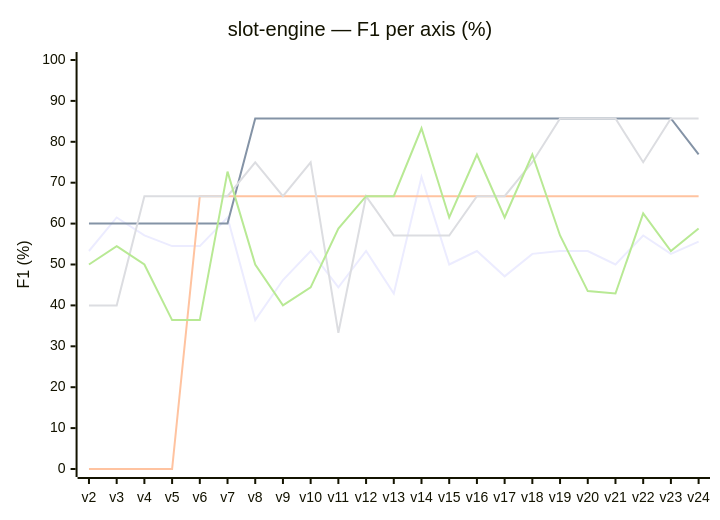
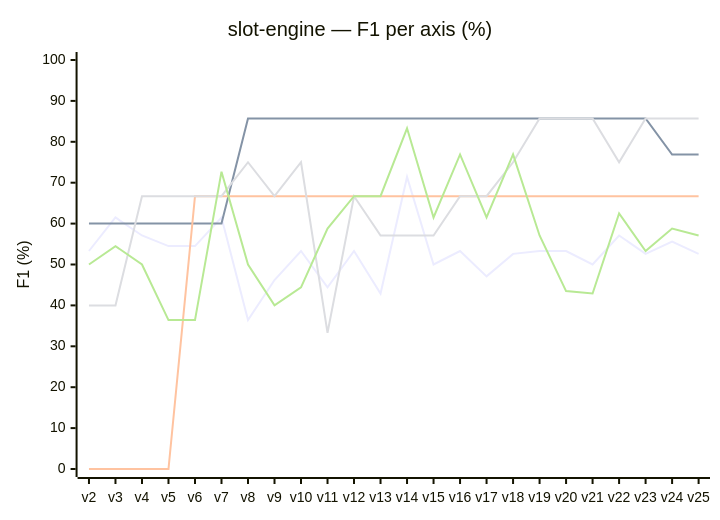
One commit to r-via/anatoly-bench changed the second of 2 diagrams in docs/02-slot-engine-results.md. Above: the diagram before and after it, drawn with Mermaid. The commit also changed other lines of this file and 34 other files, not shown here.

````diff
--- a/docs/02-slot-engine-results.md
+++ b/docs/02-slot-engine-results.md
@@ -21,11 +21,11 @@
 ```mermaid
 xychart-beta
     title "slot-engine — F1 per axis (%)"
-    x-axis [v2, v3, v4, v5, v6, v7, v8, v9, v10, v11, v12, v13, v14, v15, v16, v17, v18, v19, v20, v21, v22, v23, v24]
+    x-axis [v2, v3, v4, v5, v6, v7, v8, v9, v10, v11, v12, v13, v14, v15, v16, v17, v18, v19, v20, v21, v22, v23, v24, v25]
     y-axis "F1 (%)" 0 --> 100
-    line "correction" [53.3, 61.5, 57.1, 54.5, 54.5, 61.5, 36.4, 46.2, 53.3, 44.4, 53.3, 42.9, 71.4, 50.0, 53.3, 47.1, 52.6, 53.3, 53.3, 50.0, 57.1, 52.6, 55.6]
-    line "utility" [60.0, 60.0, 60.0, 60.0, 60.0, 60.0, 85.7, 85.7, 85.7, 85.7, 85.7, 85.7, 85.7, 85.7, 85.7, 85.7, 85.7, 85.7, 85.7, 85.7, 85.7, 85.7, 76.9]
-    line "duplication" [0.0, 0.0, 0.0, 0.0, 66.7, 66.7, 66.7, 66.7, 66.7, 66.7, 66.7, 66.7, 66.7, 66.7, 66.7, 66.7, 66.7, 66.7, 66.7, 66.7, 66.7, 66.7, 66.7]
-    line "overengineering" [40.0, 40.0, 66.7, 66.7, 66.7, 66.7, 75.0, 66.7, 75.0, 33.3, 66.7, 57.1, 57.1, 57.1, 66.7, 66.7, 75.0, 85.7, 85.7, 85.7, 75.0, 85.7, 85.7]
-    line "best-practices" [50.0, 54.5, 50.0, 36.4, 36.4, 72.7, 50.0, 40.0, 44.4, 58.8, 66.7, 66.7, 83.3, 61.5, 76.9, 61.5, 76.9, 57.1, 43.5, 42.9, 62.5, 53.3, 58.8]
+    line "correction" [53.3, 61.5, 57.1, 54.5, 54.5, 61.5, 36.4, 46.2, 53.3, 44.4, 53.3, 42.9, 71.4, 50.0, 53.3, 47.1, 52.6, 53.3, 53.3, 50.0, 57.1, 52.6, 55.6, 52.6]
+    line "utility" [60.0, 60.0, 60.0, 60.0, 60.0, 60.0, 85.7, 85.7, 85.7, 85.7, 85.7, 85.7, 85.7, 85.7, 85.7, 85.7, 85.7, 85.7, 85.7, 85.7, 85.7, 85.7, 76.9, 76.9]
+    line "duplication" [0.0, 0.0, 0.0, 0.0, 66.7, 66.7, 66.7, 66.7, 66.7, 66.7, 66.7, 66.7, 66.7, 66.7, 66.7, 66.7, 66.7, 66.7, 66.7, 66.7, 66.7, 66.7, 66.7, 66.7]
+    line "overengineering" [40.0, 40.0, 66.7, 66.7, 66.7, 66.7, 75.0, 66.7, 75.0, 33.3, 66.7, 57.1, 57.1, 57.1, 66.7, 66.7, 75.0, 85.7, 85.7, 85.7, 75.0, 85.7, 85.7, 85.7]
+    line "best-practices" [50.0, 54.5, 50.0, 36.4, 36.4, 72.7, 50.0, 40.0, 44.4, 58.8, 66.7, 66.7, 83.3, 61.5, 76.9, 61.5, 76.9, 57.1, 43.5, 42.9, 62.5, 53.3, 58.8, 57.1]
 ```
````
